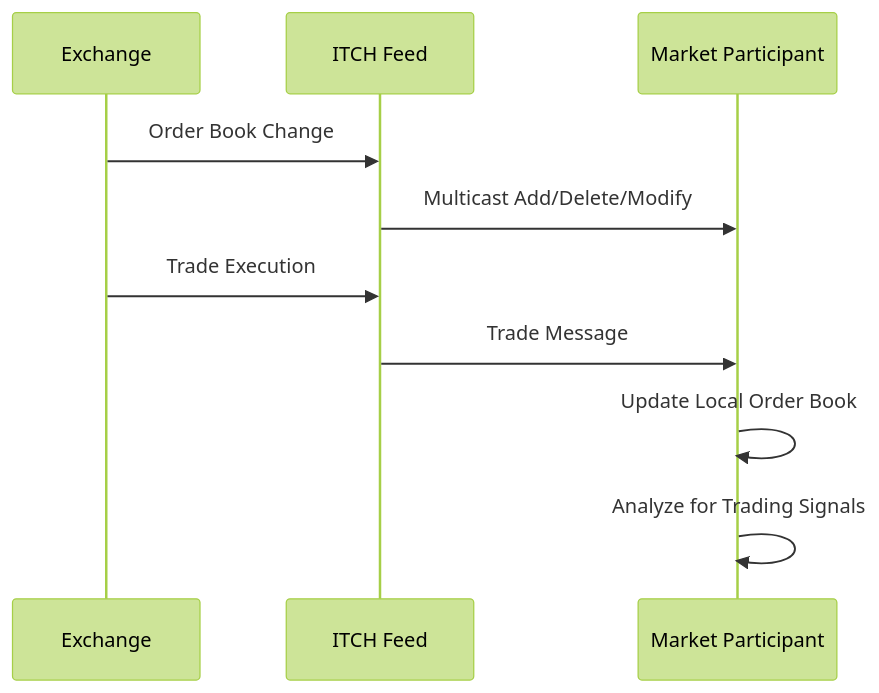
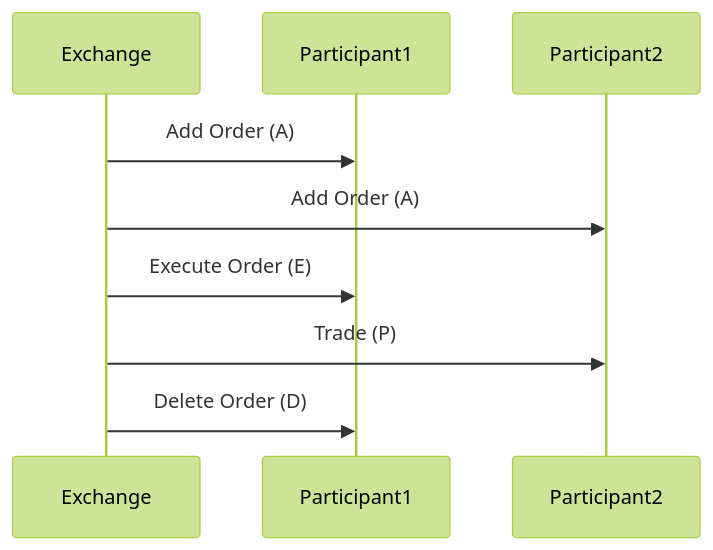
The diagram in trading/protocols/itch-protocol/README.md (VrushankPatel/interview-matters), drawn with Mermaid (forest theme) before and after one commit. The commit also changed other lines of this file and 10 other files, not shown here.

````diff
--- a/trading/protocols/itch-protocol/README.md
+++ b/trading/protocols/itch-protocol/README.md
@@ -90,13 +61,12 @@
 ```mermaid
 sequenceDiagram
     participant Exchange
-    participant ITCH Feed
-    participant Market Participant
+    participant Participant1
+    participant Participant2
 
-    Exchange->>ITCH Feed: Order Book Change
-    ITCH Feed->>Market Participant: Multicast Add/Delete/Modify
-    Exchange->>ITCH Feed: Trade Execution
-    ITCH Feed->>Market Participant: Trade Message
-    Market Participant->>Market Participant: Update Local Order Book
-    Market Participant->>Market Participant: Analyze for Trading Signals
+    Exchange->>Participant1: Add Order (A)
+    Exchange->>Participant2: Add Order (A)
+    Exchange->>Participant1: Execute Order (E)
+    Exchange->>Participant2: Trade (P)
+    Exchange->>Participant1: Delete Order (D)
 ```
````
